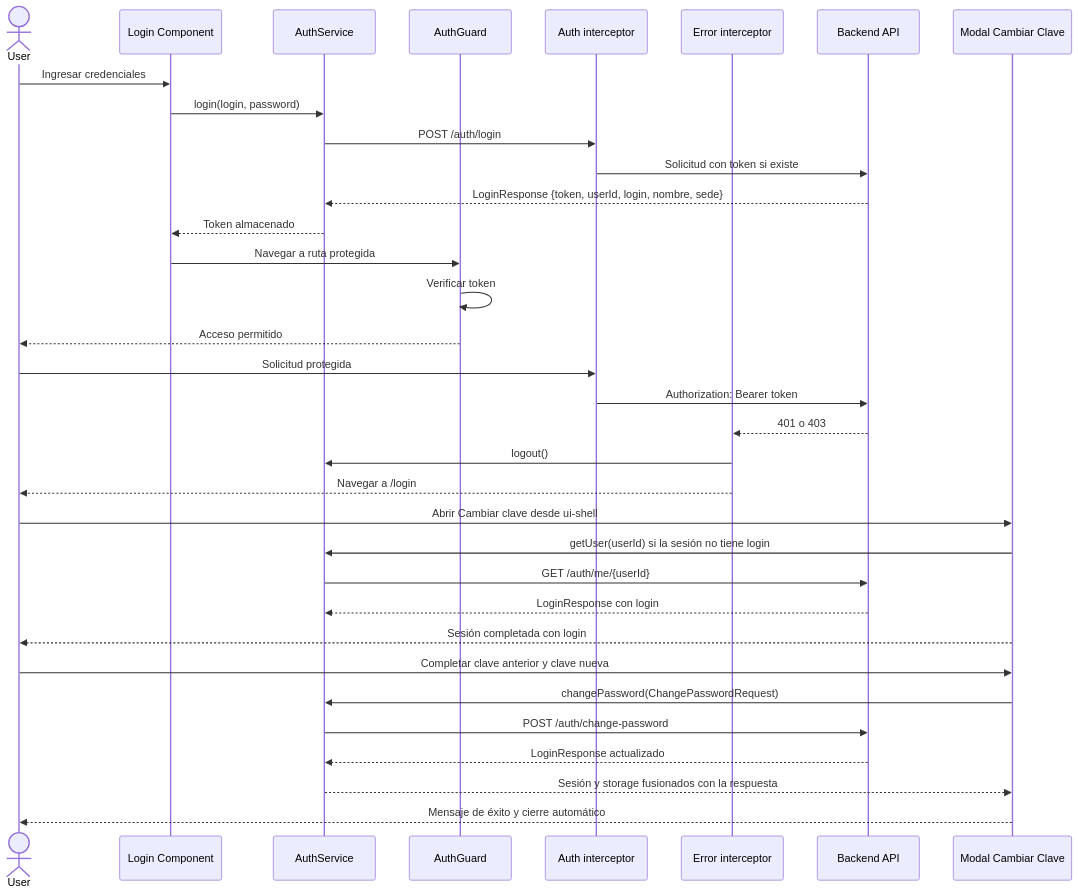
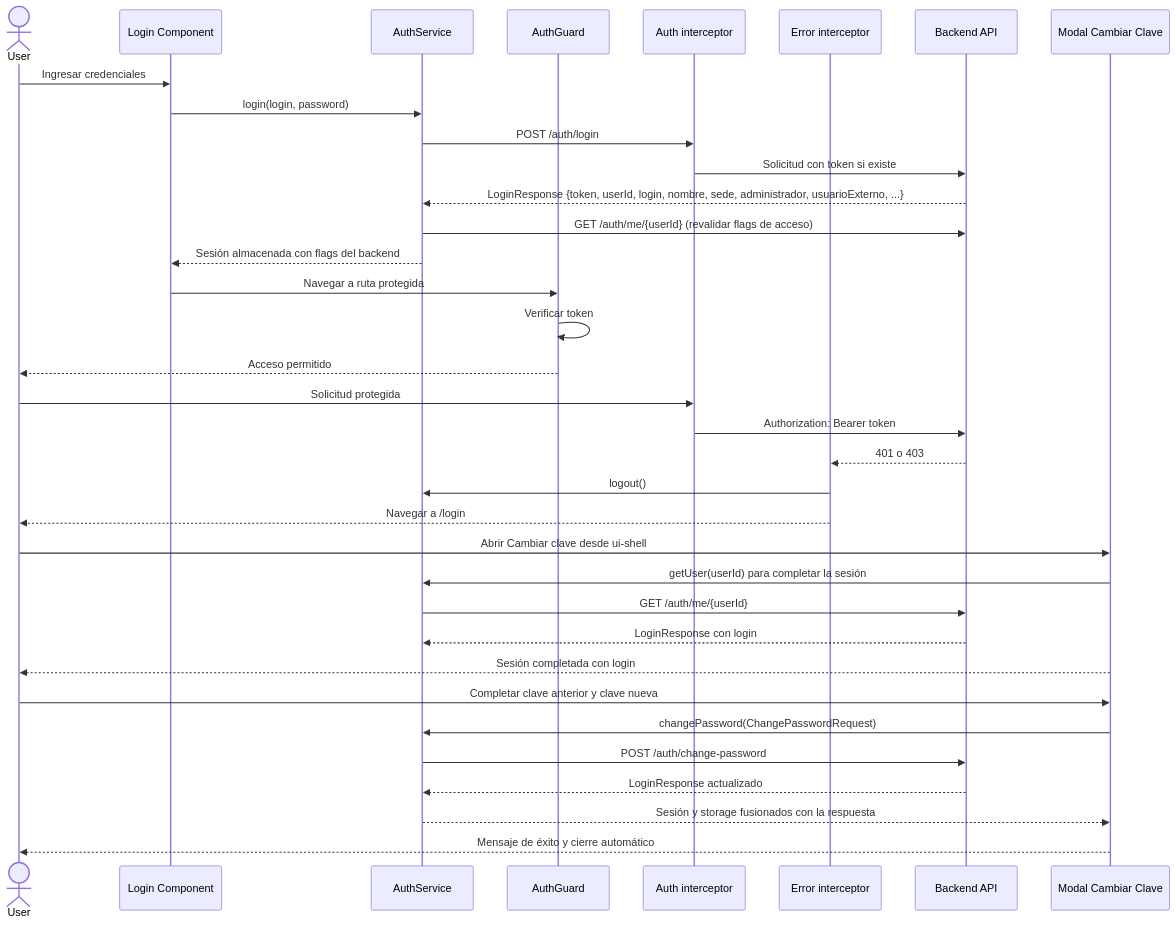
Before and after one commit to UM-services/UM.tesoreria.frontend-client: the second of 8 diagrams in docs/architecture.md, drawn with Mermaid. The commit also changed other lines of this file and 4 other files, not shown here.

````diff
--- a/docs/architecture.md
+++ b/docs/architecture.md
@@ -75,38 +75,39 @@
 ```mermaid
 sequenceDiagram
     actor User
     participant Login as Login Component
     participant AuthService as AuthService
     participant AuthGuard as AuthGuard
     participant AuthInterceptor as Auth interceptor
     participant ErrorInterceptor as Error interceptor
     participant API as Backend API
 
     participant Cambio as Modal Cambiar Clave
 
     User->>Login: Ingresar credenciales
     Login->>AuthService: login(login, password)
     AuthService->>AuthInterceptor: POST /auth/login
     AuthInterceptor->>API: Solicitud con token si existe
-    API-->>AuthService: LoginResponse {token, userId, login, nombre, sede}
-    AuthService-->>Login: Token almacenado
+    API-->>AuthService: LoginResponse {token, userId, login, nombre, sede, administrador, usuarioExterno, ...}
+    AuthService->>API: GET /auth/me/{userId} (revalidar flags de acceso)
+    AuthService-->>Login: Sesión almacenada con flags del backend
     Login->>AuthGuard: Navegar a ruta protegida
     AuthGuard->>AuthGuard: Verificar token
     AuthGuard-->>User: Acceso permitido
     User->>AuthInterceptor: Solicitud protegida
     AuthInterceptor->>API: Authorization: Bearer token
     API-->>ErrorInterceptor: 401 o 403
     ErrorInterceptor->>AuthService: logout()
     ErrorInterceptor-->>User: Navegar a /login
     User->>Cambio: Abrir Cambiar clave desde ui-shell
-    Cambio->>AuthService: getUser(userId) si la sesión no tiene login
+    Cambio->>AuthService: getUser(userId) para completar la sesión
     AuthService->>API: GET /auth/me/{userId}
     API-->>AuthService: LoginResponse con login
     Cambio-->>User: Sesión completada con login
     User->>Cambio: Completar clave anterior y clave nueva
     Cambio->>AuthService: changePassword(ChangePasswordRequest)
     AuthService->>API: POST /auth/change-password
     API-->>AuthService: LoginResponse actualizado
     AuthService-->>Cambio: Sesión y storage fusionados con la respuesta
     Cambio-->>User: Mensaje de éxito y cierre automático
 ```
````
